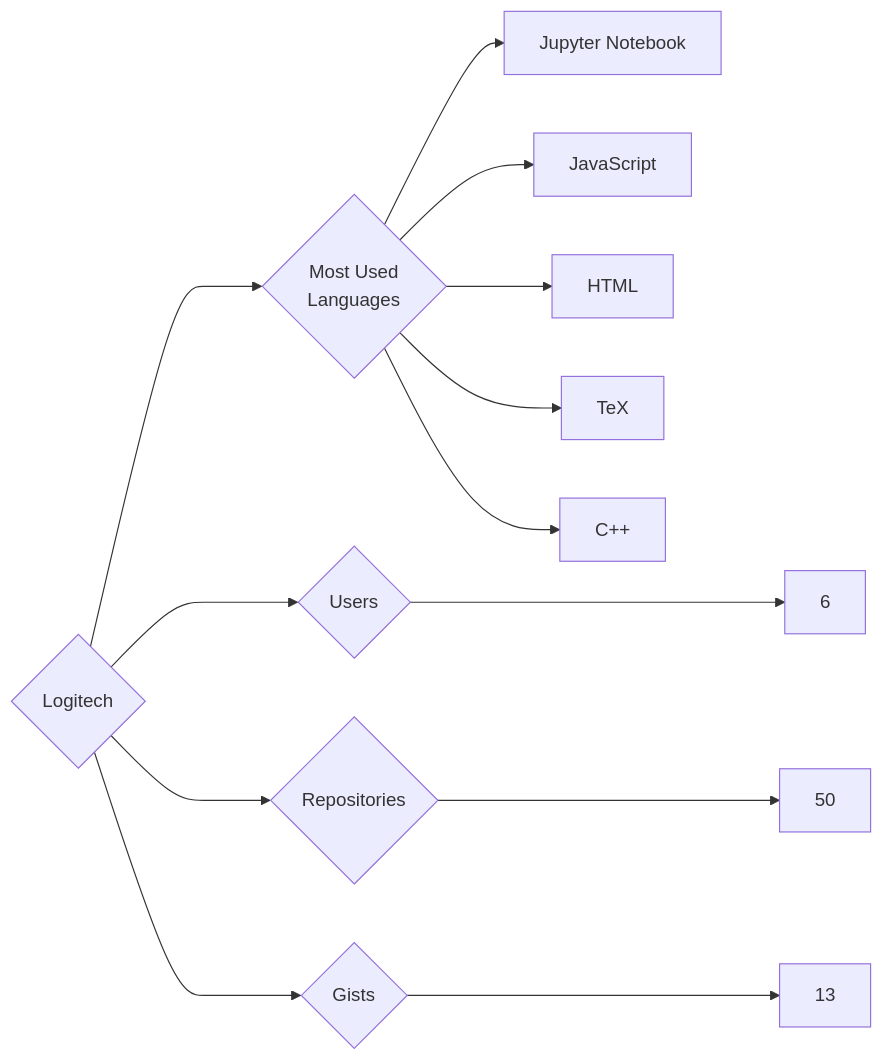
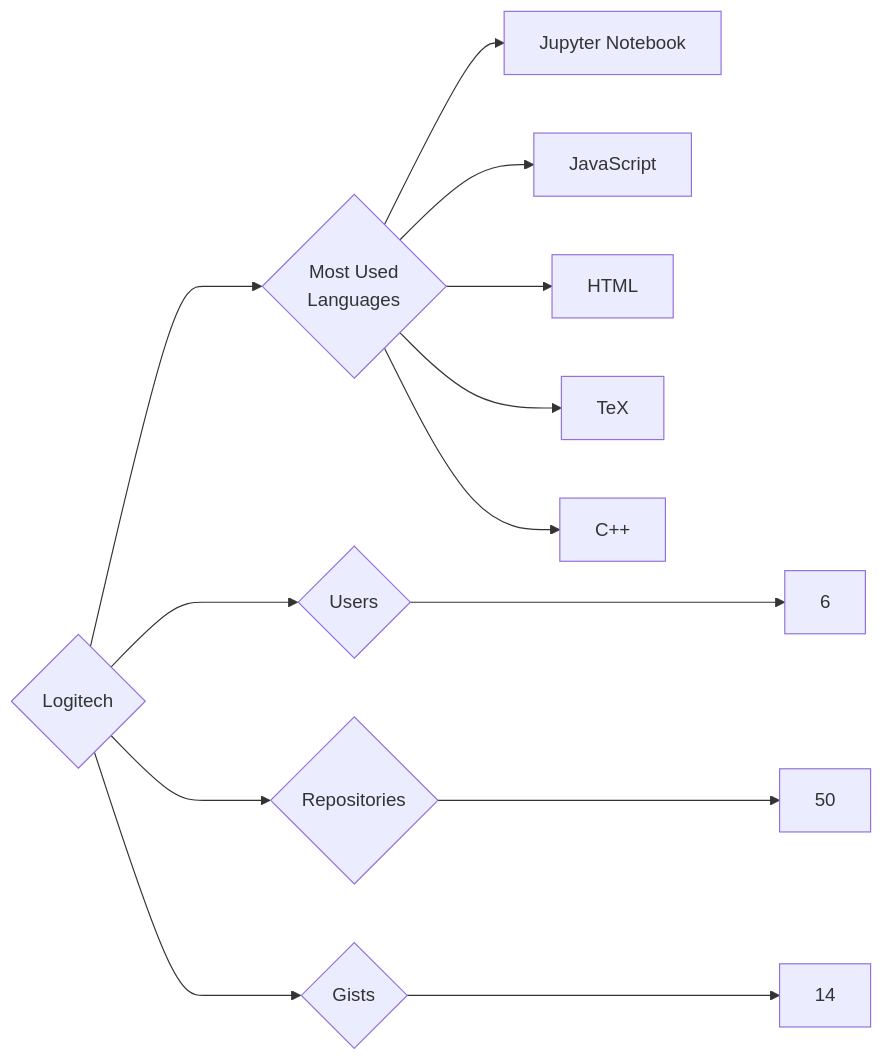
Before and after one commit to trickest/insiders: the diagram in targets/Logitech/README.md, drawn with Mermaid. The commit also changed 545 other files, not shown here.

````diff
--- a/targets/Logitech/README.md
+++ b/targets/Logitech/README.md
@@ -3,13 +3,13 @@
 ```mermaid
 graph LR
 COMPANY_NAME{Logitech}
 COMPANY_NAME ---> U{Users} ---> UN[6]
 COMPANY_NAME ---> R{Repositories} ---> RN[50]
-COMPANY_NAME ---> G{Gists} ---> GN[13]
+COMPANY_NAME ---> G{Gists} ---> GN[14]
 COMPANY_NAME ---> ML{Most Used<br>Languages}
 ML --> Jupyter_Notebook[Jupyter Notebook]
 ML --> JavaScript[JavaScript]
 ML --> HTML[HTML]
 ML --> TeX[TeX]
 ML --> C++[C++]
 ```
````
